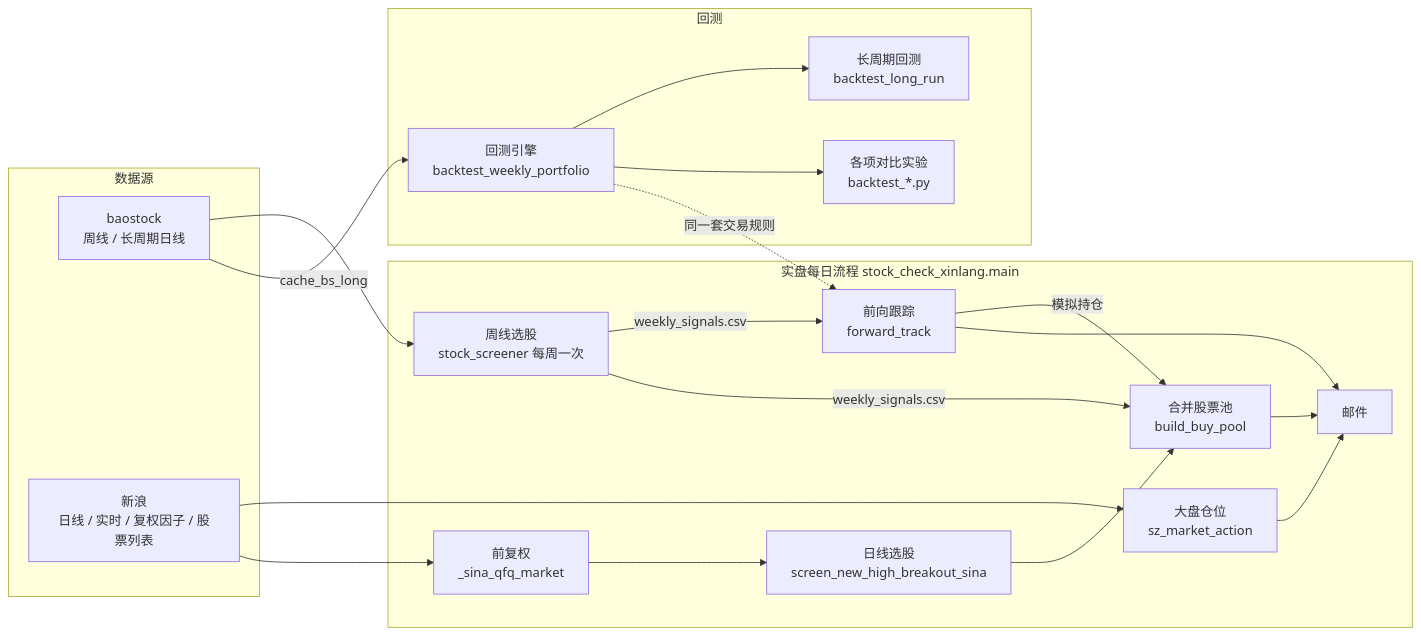
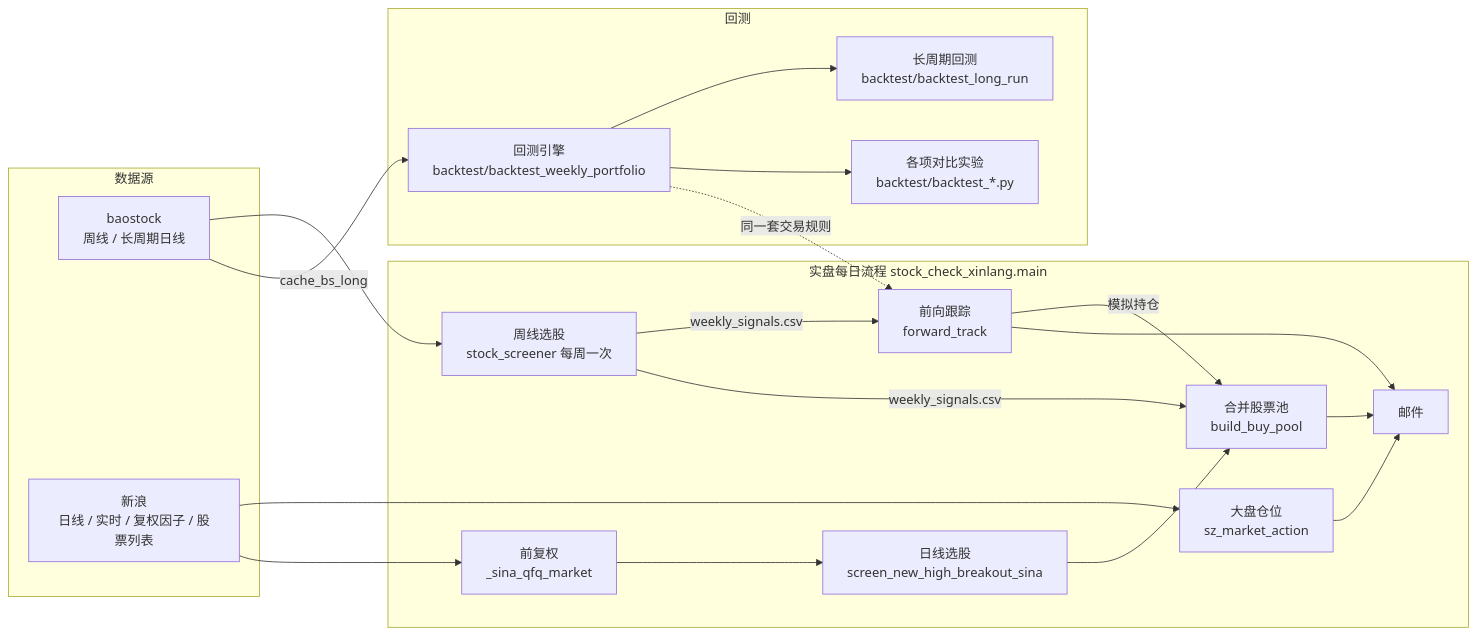
One commit to HLFYY/claude_code changed the diagram in stock/docs/项目交接.md. Above: the diagram before and after it, drawn with Mermaid. The commit also changed other lines of this file and 19 other files, not shown here.

````diff
--- a/stock/docs/项目交接.md
+++ b/stock/docs/项目交接.md
@@ -21,30 +21,30 @@
 ```mermaid
 flowchart LR
     subgraph 数据源
         BS[baostock<br/>周线 / 长周期日线]
         SINA[新浪<br/>日线 / 实时 / 复权因子 / 股票列表]
     end
     subgraph 实盘每日流程 stock_check_xinlang.main
         M1[大盘仓位<br/>sz_market_action]
         M2[周线选股<br/>stock_screener 每周一次]
         M3[前复权<br/>_sina_qfq_market]
         M4[日线选股<br/>screen_new_high_breakout_sina]
         M5[前向跟踪<br/>forward_track]
         M6[合并股票池<br/>build_buy_pool]
         M7[邮件]
     end
     subgraph 回测
-        E[回测引擎<br/>backtest_weekly_portfolio]
-        L[长周期回测<br/>backtest_long_run]
-        X[各项对比实验<br/>backtest_*.py]
+        E[回测引擎<br/>backtest/backtest_weekly_portfolio]
+        L[长周期回测<br/>backtest/backtest_long_run]
+        X[各项对比实验<br/>backtest/backtest_*.py]
     end
     SINA --> M1 & M3
     BS --> M2
     M3 --> M4 --> M6
     M2 -->|weekly_signals.csv| M5 & M6
     M5 -->|模拟持仓| M6
     M1 & M5 & M6 --> M7
     BS -->|cache_bs_long| E
     E --> L & X
     E -.同一套交易规则.-> M5
 ```
````
